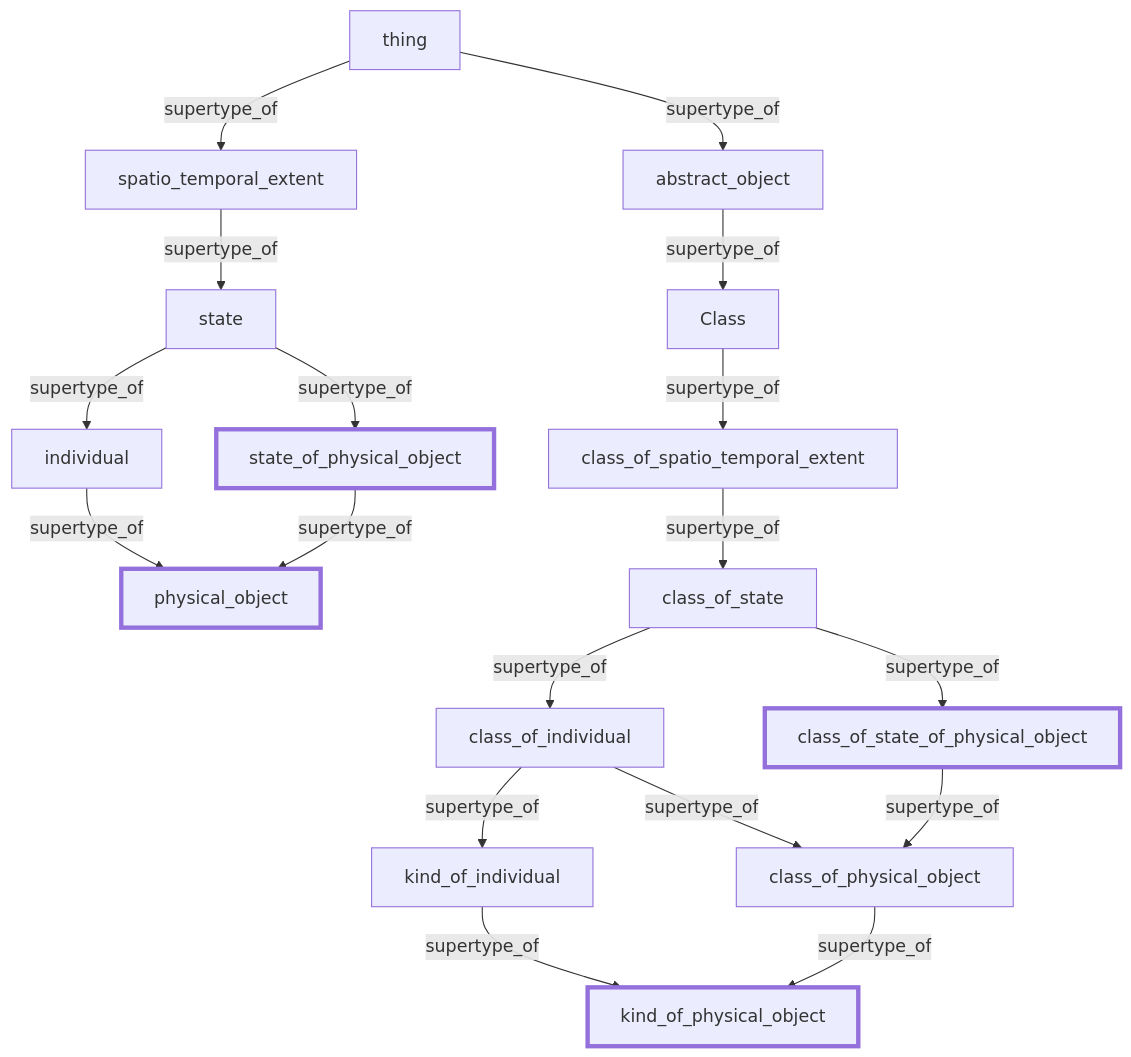
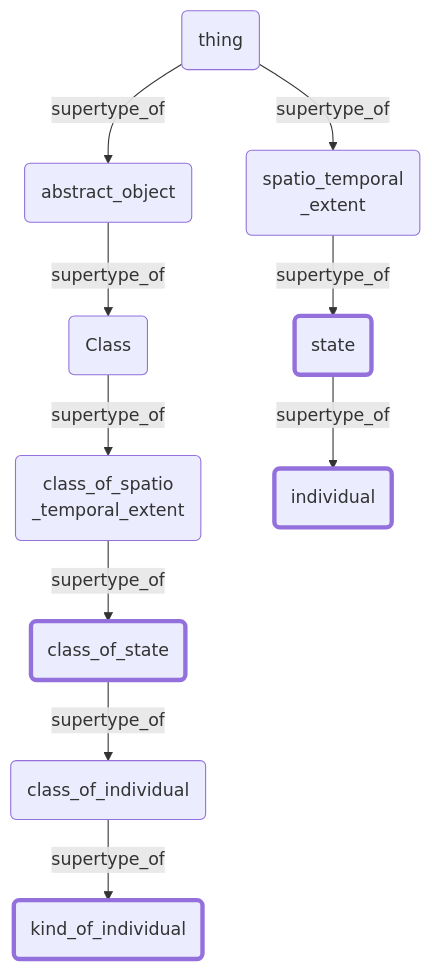
Before and after one commit to ClimbingAl/HqdmPatterns: the diagram in docs/extras/example-files/individualSupertypes.mermaid, drawn with Mermaid. The commit also changed 121 other files, not shown here.

````diff
--- a/docs/extras/example-files/individualSupertypes.mermaid
+++ b/docs/extras/example-files/individualSupertypes.mermaid
@@ -1,24 +1,16 @@
 ``` mermaid
 graph TD
-  abstract_object-->|supertype_of|Class;
-  thing-->|supertype_of|spatio_temporal_extent;
-  class_of_state-->|supertype_of|class_of_individual;
-  Class-->|supertype_of|class_of_spatio_temporal_extent;
-  state-->|supertype_of|individual;
-  spatio_temporal_extent-->|supertype_of|state;
-  class_of_individual-->|supertype_of|kind_of_individual;
-  class_of_state_of_physical_object-->|supertype_of|class_of_physical_object;
-  class_of_individual-->|supertype_of|class_of_physical_object;
-  class_of_spatio_temporal_extent-->|supertype_of|class_of_state;
-  state_of_physical_object-->|supertype_of|physical_object;
-  individual-->|supertype_of|physical_object;
-  state-->|supertype_of|state_of_physical_object;
-  kind_of_individual-->|supertype_of|kind_of_physical_object;
-  class_of_physical_object-->|supertype_of|kind_of_physical_object;
-  class_of_state-->|supertype_of|class_of_state_of_physical_object;
-  style physical_object stroke-width:4px;
-  style state_of_physical_object stroke-width:4px;
-  style kind_of_physical_object stroke-width:4px;
-  style class_of_state_of_physical_object stroke-width:4px;
+  abstract_object(abstract_object)-->|supertype_of|Class(Class);
+  thing(thing)-->|supertype_of|spatio_temporal_extent(spatio_temporal <br> _extent);
+  class_of_state(class_of_state)-->|supertype_of|class_of_individual(class_of_individual);
+  Class(Class)-->|supertype_of|class_of_spatio_temporal_extent(class_of_spatio <br> _temporal_extent);
+  state(state)-->|supertype_of|individual(individual);
+  spatio_temporal_extent(spatio_temporal <br> _extent)-->|supertype_of|state(state);
+  class_of_individual(class_of_individual)-->|supertype_of|kind_of_individual(kind_of_individual);
+  class_of_spatio_temporal_extent(class_of_spatio <br> _temporal_extent)-->|supertype_of|class_of_state(class_of_state);
+  style individual stroke-width:4px;
+  style state stroke-width:4px;
+  style kind_of_individual stroke-width:4px;
+  style class_of_state stroke-width:4px;
   thing-->|supertype_of|abstract_object;
 ```
````
